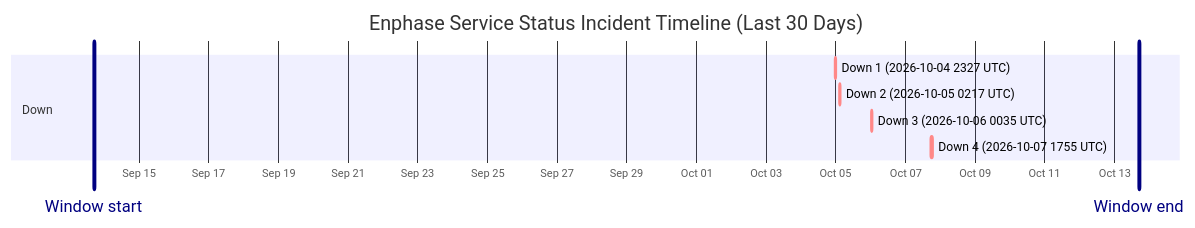
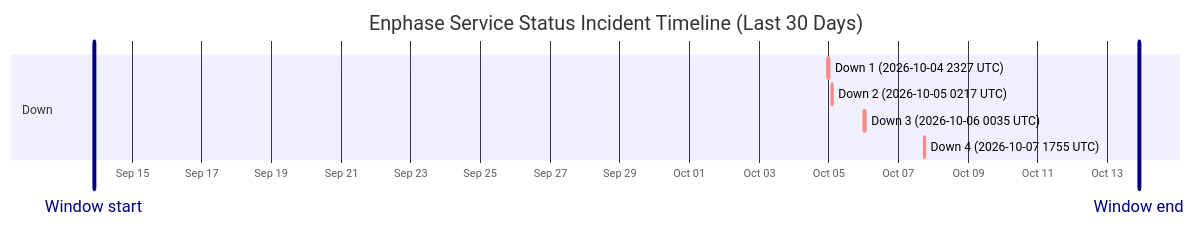
One commit to barneyonline/ha-enphase-energy changed the diagram in wiki/Service-Status-History.md. Above: the diagram before and after it, drawn with Mermaid. The commit also changed other lines of this file and 3 other files, not shown here.

````diff
--- a/wiki/Service-Status-History.md
+++ b/wiki/Service-Status-History.md
@@ -14,13 +14,13 @@
 ```mermaid
 gantt
     title Enphase Service Status Incident Timeline (Last 30 Days)
     dateFormat  YYYY-MM-DDTHH:mm:ss
     axisFormat  %b %d
-    Window start :vert, window-start, 2026-09-13T16:48:41, 0ms
-    Window end :vert, window-end, 2026-10-13T16:48:41, 0ms
+    Window start :vert, window-start, 2026-09-13T21:42:57, 0ms
+    Window end :vert, window-end, 2026-10-13T21:42:57, 0ms
     section Down
     Down 1 (2026-10-04 2327 UTC) :crit, down-1, 2026-10-04T23:27:34, 60m
     Down 2 (2026-10-05 0217 UTC) :crit, down-2, 2026-10-05T02:17:30, 60m
     Down 3 (2026-10-06 0035 UTC) :crit, down-3, 2026-10-06T00:35:21, 60m
     Down 4 (2026-10-07 1755 UTC) :crit, down-4, 2026-10-07T17:55:16, 60m
 ```
````
